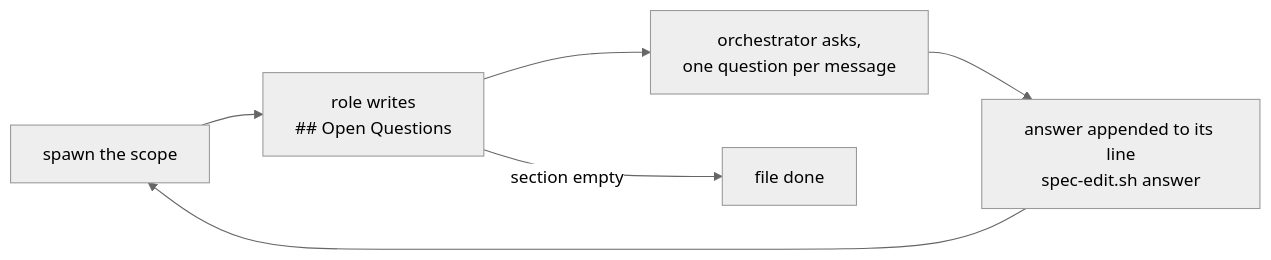
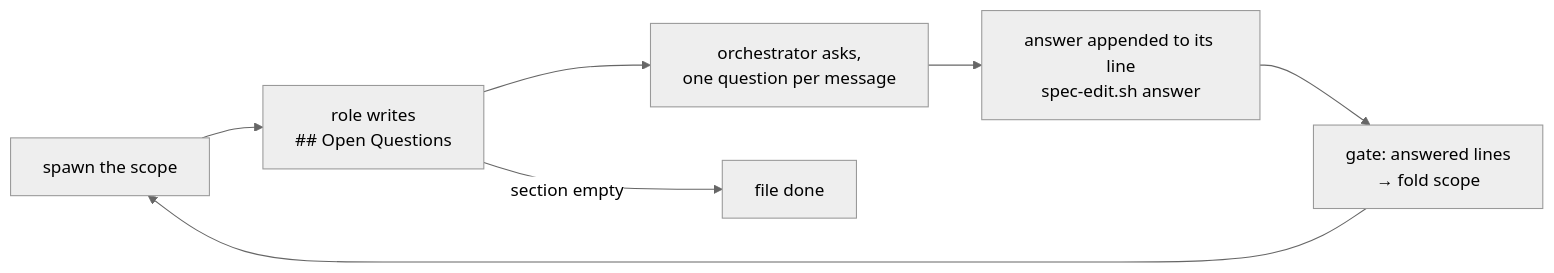
The first of 2 diagrams in ENGINE.md (akolpako/sdd-kit), drawn with Mermaid (neutral theme) before and after one commit. The commit also changed other lines of this file and 27 other files, not shown here.

````diff
--- a/ENGINE.md
+++ b/ENGINE.md
@@ -135,8 +135,9 @@
 ```mermaid
 flowchart LR
     s["spawn the scope"] --> q["role writes<br>## Open Questions"]
     q --> a["orchestrator asks,<br>one question per message"]
     a --> w["answer appended to its line<br>spec-edit.sh answer"]
-    w --> s
+    w --> g["gate: answered lines<br>→ fold scope"]
+    g --> s
     q -->|"section empty"| d["file done"]
 ```
````
